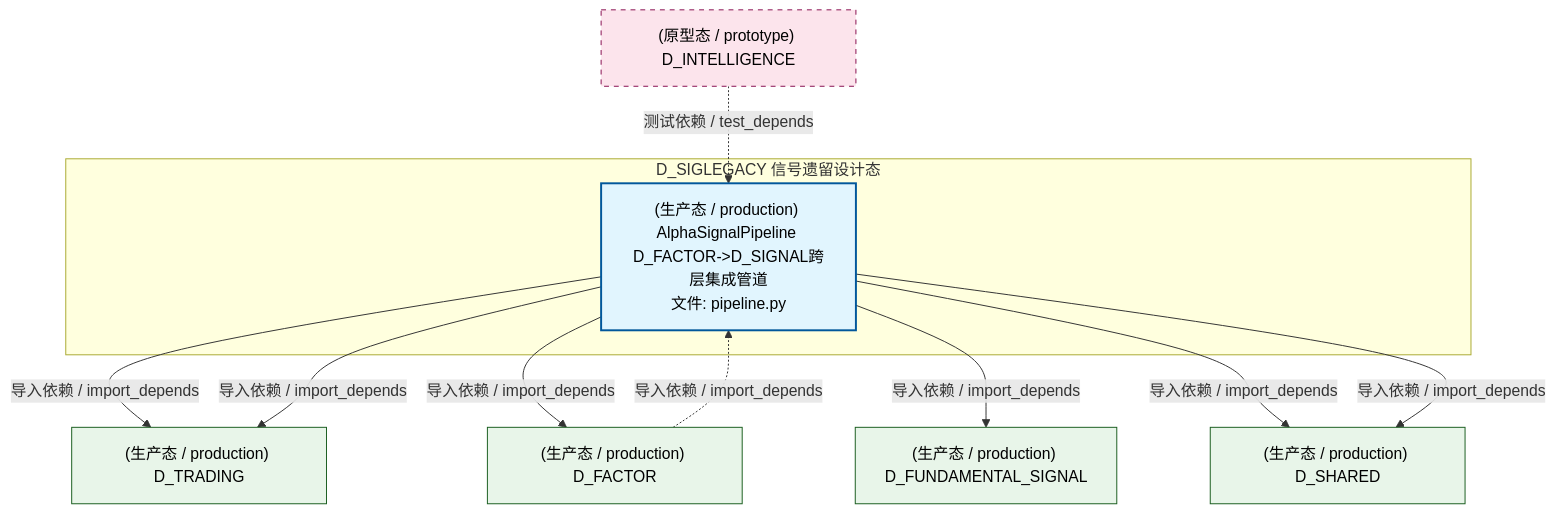
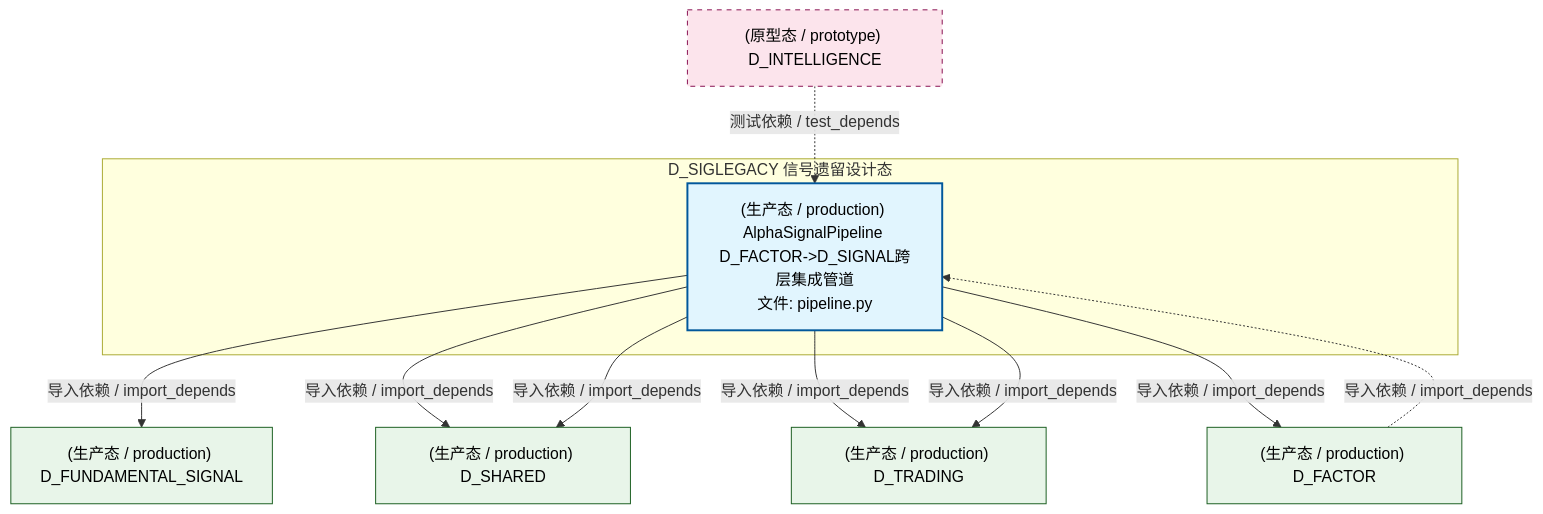
One commit to xuanFelixVan/ZephyrAlpha changed the second of 4 diagrams in docs/02_enterprise_architecture/02_domain_architecture_docs/63_d_siglegacy.md. Above: the diagram before and after it, drawn with Mermaid. The commit also changed other lines of this file and 126 other files, not shown here.

````diff
--- a/docs/02_enterprise_architecture/02_domain_architecture_docs/63_d_siglegacy.md
+++ b/docs/02_enterprise_architecture/02_domain_architecture_docs/63_d_siglegacy.md
@@ -138,26 +138,26 @@
 ```mermaid
 graph TD
     subgraph D_SIGLEGACY["D_SIGLEGACY 信号遗留设计态"]
         src_zephyr_signal_fundamental_pipeline_py["(生产态 / production) AlphaSignalPipeline D_FACTOR->D_SIGNAL跨层集成管道<br/>文件: pipeline.py"]
     end
-    D_TRADING["(生产态 / production) D_TRADING"]
-    src_zephyr_signal_fundamental_pipeline_py -->|导入依赖 / import_depends| D_TRADING
-    D_FACTOR["(生产态 / production) D_FACTOR"]
-    src_zephyr_signal_fundamental_pipeline_py -->|导入依赖 / import_depends| D_FACTOR
     D_FUNDAMENTAL_SIGNAL["(生产态 / production) D_FUNDAMENTAL_SIGNAL"]
     src_zephyr_signal_fundamental_pipeline_py -->|导入依赖 / import_depends| D_FUNDAMENTAL_SIGNAL
     D_SHARED["(生产态 / production) D_SHARED"]
     src_zephyr_signal_fundamental_pipeline_py -->|导入依赖 / import_depends| D_SHARED
+    D_TRADING["(生产态 / production) D_TRADING"]
     src_zephyr_signal_fundamental_pipeline_py -->|导入依赖 / import_depends| D_TRADING
     src_zephyr_signal_fundamental_pipeline_py -->|导入依赖 / import_depends| D_SHARED
+    D_FACTOR["(生产态 / production) D_FACTOR"]
+    src_zephyr_signal_fundamental_pipeline_py -->|导入依赖 / import_depends| D_FACTOR
+    src_zephyr_signal_fundamental_pipeline_py -->|导入依赖 / import_depends| D_TRADING
     D_FACTOR -.->|导入依赖 / import_depends| src_zephyr_signal_fundamental_pipeline_py
     D_INTELLIGENCE["(原型态 / prototype) D_INTELLIGENCE"]
     D_INTELLIGENCE -.->|测试依赖 / test_depends| src_zephyr_signal_fundamental_pipeline_py
     classDef production fill:#e1f5fe,stroke:#01579b,stroke-width:2px,color:#000
     classDef design fill:#fff3e0,stroke:#e65100,stroke-width:2px,color:#000,stroke-dasharray: 5 5
     classDef external_prod fill:#e8f5e9,stroke:#1b5e20,stroke-width:1px,color:#000
     classDef external_design fill:#fce4ec,stroke:#880e4f,stroke-width:1px,color:#000,stroke-dasharray: 5 5
     class src_zephyr_signal_fundamental_pipeline_py production
-    class D_TRADING,D_FACTOR,D_FUNDAMENTAL_SIGNAL,D_SHARED external_prod
+    class D_FUNDAMENTAL_SIGNAL,D_SHARED,D_TRADING,D_FACTOR external_prod
     class D_INTELLIGENCE external_design
 ```
````
